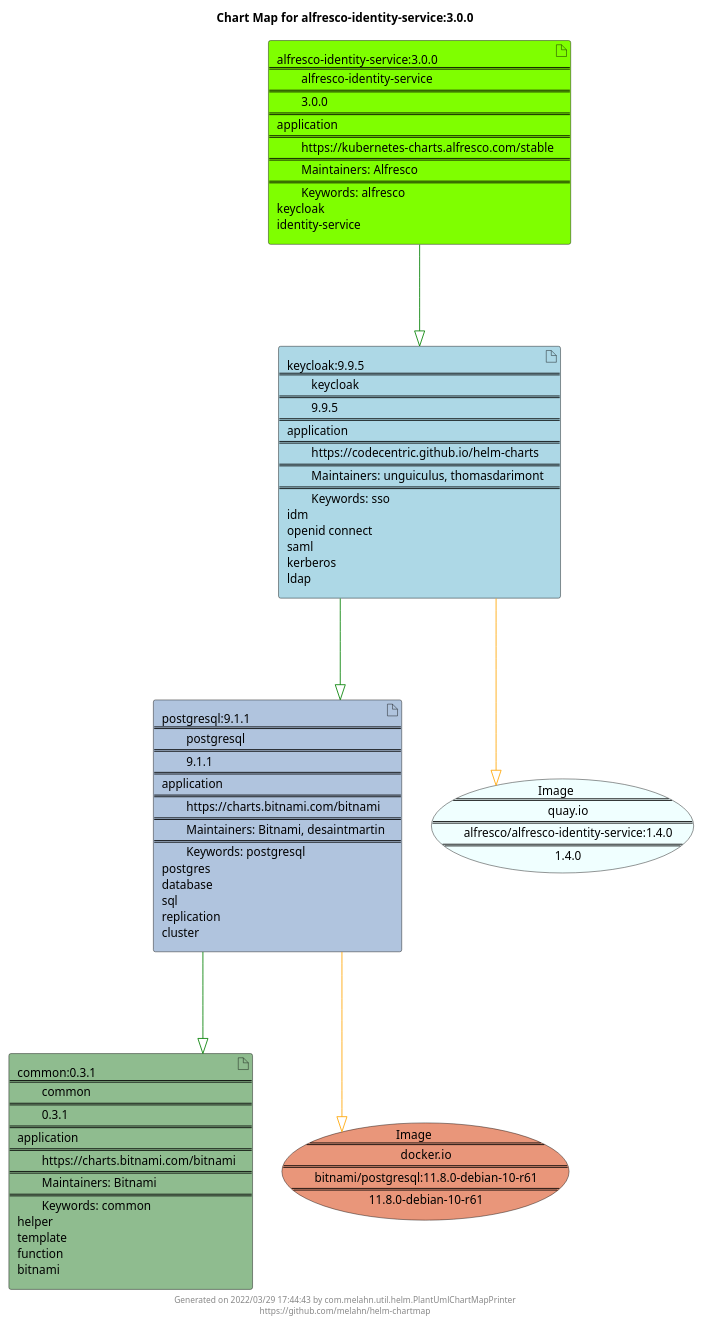
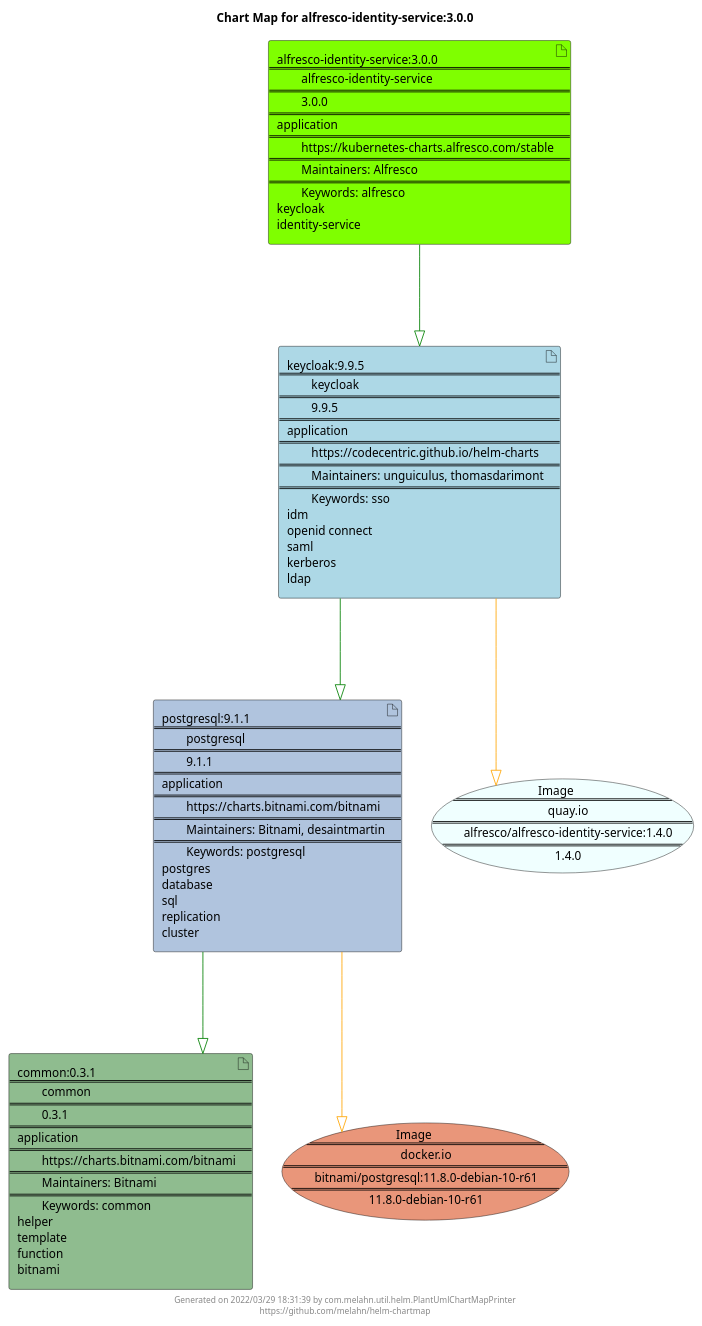
One commit to melahn/helm-chartmap changed the diagram in docs/alfresco-identity-service/alfresco-identity-service-3.0.0.puml. Above: the diagram before and after it, drawn with PlantUML. The commit also changed 51 other files, not shown here.

Commit message:
Update Example Chart Maps as part of GitHub build

```diff
--- a/docs/alfresco-identity-service/alfresco-identity-service-3.0.0.puml
+++ b/docs/alfresco-identity-service/alfresco-identity-service-3.0.0.puml
@@ -1,29 +1,29 @@
 @startuml
 skinparam linetype ortho
 skinparam backgroundColor white
 skinparam usecaseBorderColor black
 skinparam usecaseArrowColor LightSlateGray
 skinparam artifactBorderColor black
 skinparam artifactArrowColor LightSlateGray
 
 title Chart Map for alfresco-identity-service:3.0.0
 
 'There are 4 referenced Helm Charts
 artifact "postgresql:9.1.1\n====\n\tpostgresql\n====\n\t9.1.1\n====\napplication\n====\n\thttps://charts.bitnami.com/bitnami\n====\n\tMaintainers: Bitnami, desaintmartin\n====\n\tKeywords: postgresql\npostgres\ndatabase\nsql\nreplication\ncluster" as postgresql_9_1_1 #LightSteelBlue
 artifact "alfresco-identity-service:3.0.0\n====\n\talfresco-identity-service\n====\n\t3.0.0\n====\napplication\n====\n\thttps://kubernetes-charts.alfresco.com/stable\n====\n\tMaintainers: Alfresco\n====\n\tKeywords: alfresco\nkeycloak\nidentity-service" as alfresco_identity_service_3_0_0 #Chartreuse
 artifact "keycloak:9.9.5\n====\n\tkeycloak\n====\n\t9.9.5\n====\napplication\n====\n\thttps://codecentric.github.io/helm-charts\n====\n\tMaintainers: unguiculus, thomasdarimont\n====\n\tKeywords: sso\nidm\nopenid connect\nsaml\nkerberos\nldap" as keycloak_9_9_5 #LightBlue
 artifact "common:0.3.1\n====\n\tcommon\n====\n\t0.3.1\n====\napplication\n====\n\thttps://charts.bitnami.com/bitnami\n====\n\tMaintainers: Bitnami\n====\n\tKeywords: common\nhelper\ntemplate\nfunction\nbitnami" as common_0_3_1 #DarkSeaGreen
 
 'There are 2 referenced Docker Images
 usecase "Image\n====\n\tdocker.io\n====\n\tbitnami/postgresql:11.8.0-debian-10-r61\n====\n\t11.8.0-debian-10-r61" as docker_io_bitnami_postgresql_11_8_0_debian_10_r61 #DarkSalmon
 usecase "Image\n====\n\tquay.io\n====\n\talfresco/alfresco-identity-service:1.4.0\n====\n\t1.4.0" as quay_io_alfresco_alfresco_identity_service_1_4_0 #Azure
 
 'Chart Dependencies
 alfresco_identity_service_3_0_0--[#green]-|>keycloak_9_9_5
 keycloak_9_9_5--[#green]-|>postgresql_9_1_1
 postgresql_9_1_1--[#green]-|>common_0_3_1
 postgresql_9_1_1--[#orange]-|>docker_io_bitnami_postgresql_11_8_0_debian_10_r61
 keycloak_9_9_5--[#orange]-|>quay_io_alfresco_alfresco_identity_service_1_4_0
 
-center footer Generated on 2022/03/29 17:44:43 by com.melahn.util.helm.PlantUmlChartMapPrinter\nhttps://github.com/melahn/helm-chartmap
+center footer Generated on 2022/03/29 18:31:39 by com.melahn.util.helm.PlantUmlChartMapPrinter\nhttps://github.com/melahn/helm-chartmap
 @enduml
```
